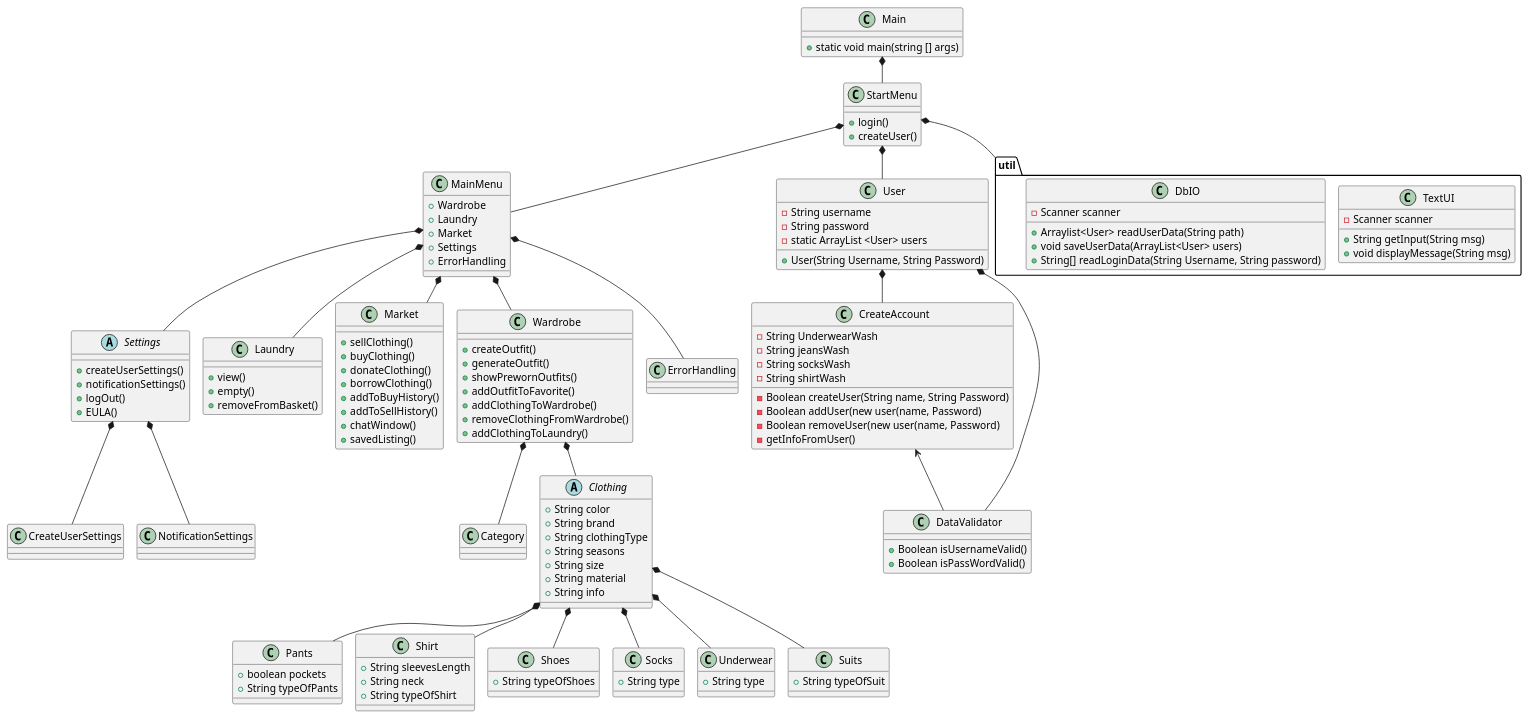
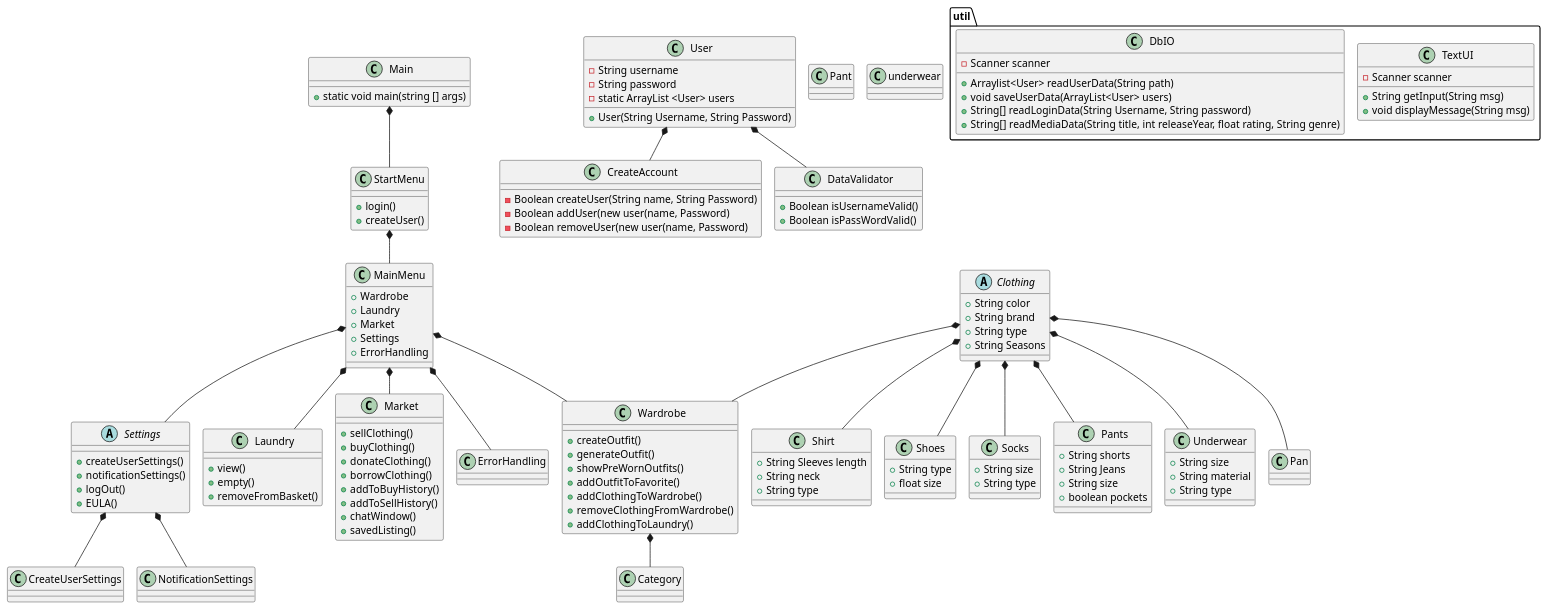
Before and after one commit to PatrickPlease/ICE-Please: the diagram in doc/static/ClassDiagram.puml, drawn with PlantUML.

Commit message:
klassediagram

```diff
--- a/doc/static/ClassDiagram.puml
+++ b/doc/static/ClassDiagram.puml
@@ -1,156 +1,149 @@
 @startuml
 'Domænemodellen giver nye entity klasser
 'Pakker, model og util
 !pragma layout smetana
 
 class Main
 class StartMenu
 class MainMenu
 
 class CreateAccount
 class User
 class DataValidator
 
 Abstract Settings
 
 class Laundry
 class Market
 class Wardrobe
 class ErrorHandling
 class Category
 
 class CreateUserSettings
 class NotificationSettings
 
 Abstract Clothing
-class Pants
+class Pant
 class Shirt
 class Shoes
 class Socks
-class Underwear
-class Suits
+class underwear
 
 package "util"{
        class TextUI
        class DbIO
        }
 Main *-- StartMenu
 StartMenu *-- MainMenu
 MainMenu *-- Settings
 MainMenu *-- Laundry
 MainMenu *-- Market
 MainMenu *-- Wardrobe
 MainMenu *-- ErrorHandling
 Wardrobe *-- Category
 
 User *-- DataValidator
-CreateAccount <-- DataValidator
 User *-- CreateAccount
 Settings *-- CreateUserSettings
 Settings *-- NotificationSettings
-Wardrobe *-- Clothing
+Clothing *-- Wardrobe
 Clothing *-- Shoes
 Clothing *-- Shirt
 Clothing *-- Pants
 Clothing *-- Socks
 Clothing *-- Underwear
-Clothing *-- Suits
-
-StartMenu *-- util
-StartMenu *-- User
+Clothing *-- Pan
 
 StartMenu : + login()
 StartMenu : + createUser()
 
 MainMenu : + Wardrobe
 MainMenu : + Laundry
 MainMenu : + Market
 MainMenu : + Settings
 MainMenu : + ErrorHandling
 
 Clothing : + String color
 Clothing : + String brand
-Clothing : + String clothingType
-Clothing : + String seasons
-Clothing : + String size
-Clothing : + String material
-Clothing : + String info
+Clothing : + String type
+Clothing : + String Seasons
 
-Shoes : + String typeOfShoes
+Shoes : + String type
+Shoes : + float size
 
-Shirt : + String sleevesLength
+Shirt : + String Sleeves length
 Shirt : + String neck
-Shirt : + String typeOfShirt
+Shirt : + String type
 
-Suits : + String typeOfSuit
+Pants : + String shorts
+Pants : + String Jeans
+Pants : + String size
+Pants : + boolean pockets
 
-Pants : + boolean pockets
-Pants : + String typeOfPants
-
+Socks : + String size
 Socks : + String type
 
+Underwear : + String size
+Underwear : + String material
 Underwear : + String type
 
 Market : + sellClothing()
 Market : + buyClothing()
 Market : + donateClothing()
 Market : + borrowClothing()
 Market : + addToBuyHistory()
 Market : + addToSellHistory()
 Market : + chatWindow()
 Market : + savedListing()
 
 Wardrobe : + createOutfit()
 Wardrobe : + generateOutfit()
-Wardrobe : + showPrewornOutfits()
+Wardrobe : + showPreWornOutfits()
 Wardrobe : + addOutfitToFavorite()
 Wardrobe : + addClothingToWardrobe()
 Wardrobe : + removeClothingFromWardrobe()
 Wardrobe : + addClothingToLaundry()
 
 Settings : + createUserSettings()
 Settings : + notificationSettings()
 Settings : + logOut()
 Settings : + EULA()
 
 Laundry : + view()
 Laundry : + empty()
 Laundry : + removeFromBasket()
 
 
 Main : + static void main(string [] args)
 
 User : - String username
 User : - String password
 User : - static ArrayList <User> users
+'---_new-----
+User : + User(String Username, String Password)
+'-----------
 
-
-User : + User(String Username, String Password)
-
-
+'---_new-----
 DataValidator : + Boolean isUsernameValid()
 DataValidator : + Boolean isPassWordValid()
 '-----------
 
 CreateAccount : - Boolean createUser(String name, String Password)
 CreateAccount : - Boolean addUser(new user(name, Password)
 CreateAccount : - Boolean removeUser(new user(name, Password)
-CreateAccount : - String UnderwearWash
-CreateAccount : - String jeansWash
-CreateAccount : - String socksWash
-CreateAccount : - String shirtWash
-CreateAccount : - getInfoFromUser()
+
+
 DbIO : - Scanner scanner
 
 '---_new-----
 DbIO : + Arraylist<User> readUserData(String path)
 DbIO : + void saveUserData(ArrayList<User> users)
 DbIO : + String[] readLoginData(String Username, String password)
-
+DbIO : + String[] readMediaData(String title, int releaseYear, float rating, String genre)
 '-----------
 
 TextUI : + String getInput(String msg)
 TextUI : - Scanner scanner
 TextUI : + void displayMessage(String msg)
 
 @enduml
```
